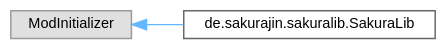
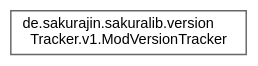
The diagram in inherit_graph_24.dot (noah1510/sakura-lib), drawn with Graphviz before and after one commit. The commit also changed 150 other files, not shown here.

Commit message:
Deploying to gh-pages from @ noah1510/sakura-lib@b8b0254f3f887c03879f6a98df8ef55c555c4ca0 🚀

```diff
--- a/inherit_graph_24.dot
+++ b/inherit_graph_24.dot
@@ -1,11 +1,9 @@
 digraph "Graphical Class Hierarchy"
 {
  // LATEX_PDF_SIZE
   bgcolor="transparent";
   edge [fontname=Helvetica,fontsize=10,labelfontname=Helvetica,labelfontsize=10];
   node [fontname=Helvetica,fontsize=10,shape=box,height=0.2,width=0.4];
   rankdir="LR";
-  Node0 [label="ModInitializer",height=0.2,width=0.4,color="grey60", fillcolor="#E0E0E0", style="filled",tooltip=" "];
-  Node0 -> Node1 [dir="back",color="steelblue1",style="solid"];
-  Node1 [label="de.sakurajin.sakuralib.SakuraLib",height=0.2,width=0.4,color="grey40", fillcolor="white", style="filled",URL="$classde_1_1sakurajin_1_1sakuralib_1_1SakuraLib.html",tooltip=" "];
+  Node0 [label="de.sakurajin.sakuralib.version\lTracker.v1.ModVersionTracker",height=0.2,width=0.4,color="grey40", fillcolor="white", style="filled",URL="$classde_1_1sakurajin_1_1sakuralib_1_1versionTracker_1_1v1_1_1ModVersionTracker.html",tooltip=" "];
 }
```
